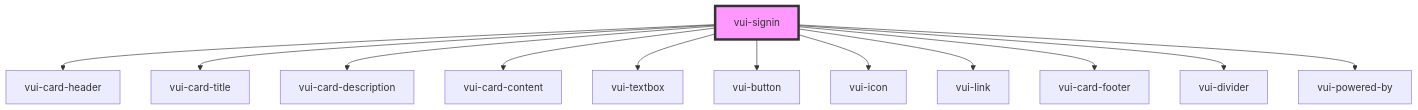
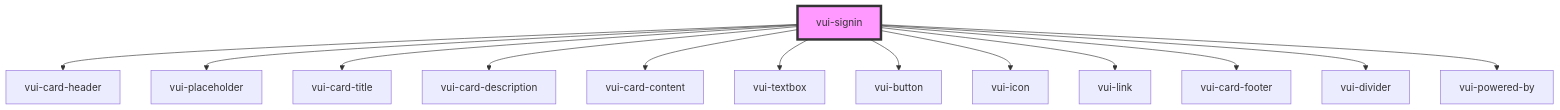
Before and after one commit to verite-team/verite-elements: the diagram in packages/stencil-library/src/components/signin/readme.md, drawn with Mermaid. The commit also changed other lines of this file and 25 other files, not shown here.

````diff
--- a/packages/stencil-library/src/components/signin/readme.md
+++ b/packages/stencil-library/src/components/signin/readme.md
@@ -47,15 +49,16 @@
 ```mermaid
 graph TD;
   vui-signin --> vui-card-header
+  vui-signin --> vui-placeholder
   vui-signin --> vui-card-title
   vui-signin --> vui-card-description
   vui-signin --> vui-card-content
   vui-signin --> vui-textbox
   vui-signin --> vui-button
   vui-signin --> vui-icon
   vui-signin --> vui-link
   vui-signin --> vui-card-footer
   vui-signin --> vui-divider
   vui-signin --> vui-powered-by
   style vui-signin fill:#f9f,stroke:#333,stroke-width:4px
 ```
````
